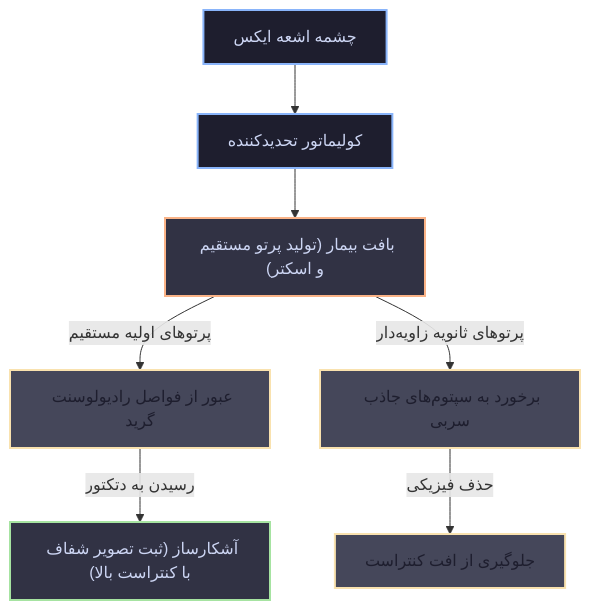
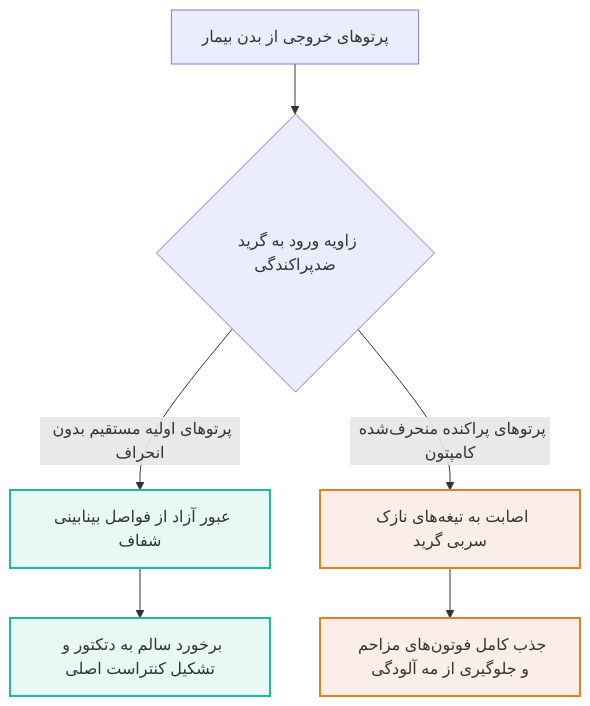
One commit to neopulse-hub/-TUMS-1402-2-material-notes- changed the fifth of 6 diagrams in 05/فیزیک پزشکی/پایان‌ترم/رادیوگرافی - مبانی فیزیک.md. Above: the diagram before and after it, drawn with Mermaid. The commit also changed other lines of this file, not shown here.

````diff
--- a/05/فیزیک پزشکی/پایان‌ترم/رادیوگرافی - مبانی فیزیک.md
+++ b/05/فیزیک پزشکی/پایان‌ترم/رادیوگرافی - مبانی فیزیک.md
@@ -184,22 +166,12 @@
 ```mermaid
 flowchart TD
-    classDef source fill:#1e1e2e,stroke:#89b4fa,stroke-width:2px,color:#cdd6f4;
-    classDef body fill:#313244,stroke:#fab387,stroke-width:2px,color:#cdd6f4;
-    classDef grid fill:#45475a,stroke:#f9e2af,stroke-width:2px,color:#1e1e2e;
-    classDef det fill:#313244,stroke:#a6e3a1,stroke-width:2px,color:#cdd6f4;
-
-    Tube["چشمه اشعه ایکس"] --> Collimator["کولیماتور تحدیدکننده"]
-    Collimator --> Patient["بافت بیمار (تولید پرتو مستقیم و اسکتر)"]
-
-    Patient -->|پرتوهای اولیه مستقیم| Interspace["عبور از فواصل رادیولوسنت گرید"]
-    Patient -->|پرتوهای ثانویه زاویه‌دار| LeadStrips["برخورد به سپتوم‌های جاذب سربی"]
-
-    LeadStrips -->|حذف فیزیکی| Waste["جلوگیری از افت کنتراست"]
-    Interspace -->|رسیدن به دتکتور| Detector["آشکارساز (ثبت تصویر شفاف با کنتراست بالا)"]
-
-    class Tube,Collimator source;
-    class Patient body;
-    class Interspace,LeadStrips,Waste grid;
-    class Detector det;
-
+    A["پرتوهای خروجی از بدن بیمار"] --> B{"زاویه ورود به گرید ضدپراکندگی"}
+    B -->|پرتوهای اولیه مستقیم بدون انحراف| C["عبور آزاد از فواصل بینابینی شفاف"]
+    C --> D["برخورد سالم به دتکتور و تشکیل کنتراست اصلی"]
+    B -->|پرتوهای پراکنده منحرف‌شده کامپتون| E["اصابت به تیغه‌های نازک سربی گرید"]
+    E --> F["جذب کامل فوتون‌های مزاحم و جلوگیری از مه آلودگی"]
+    classDef clean fill:#e8f8f5,stroke:#1abc9c,stroke-width:2px;
+    classDef trap fill:#fbeee6,stroke:#e67e22,stroke-width:2px;
+    class C,D clean;
+    class E,F trap;
 ```
````
